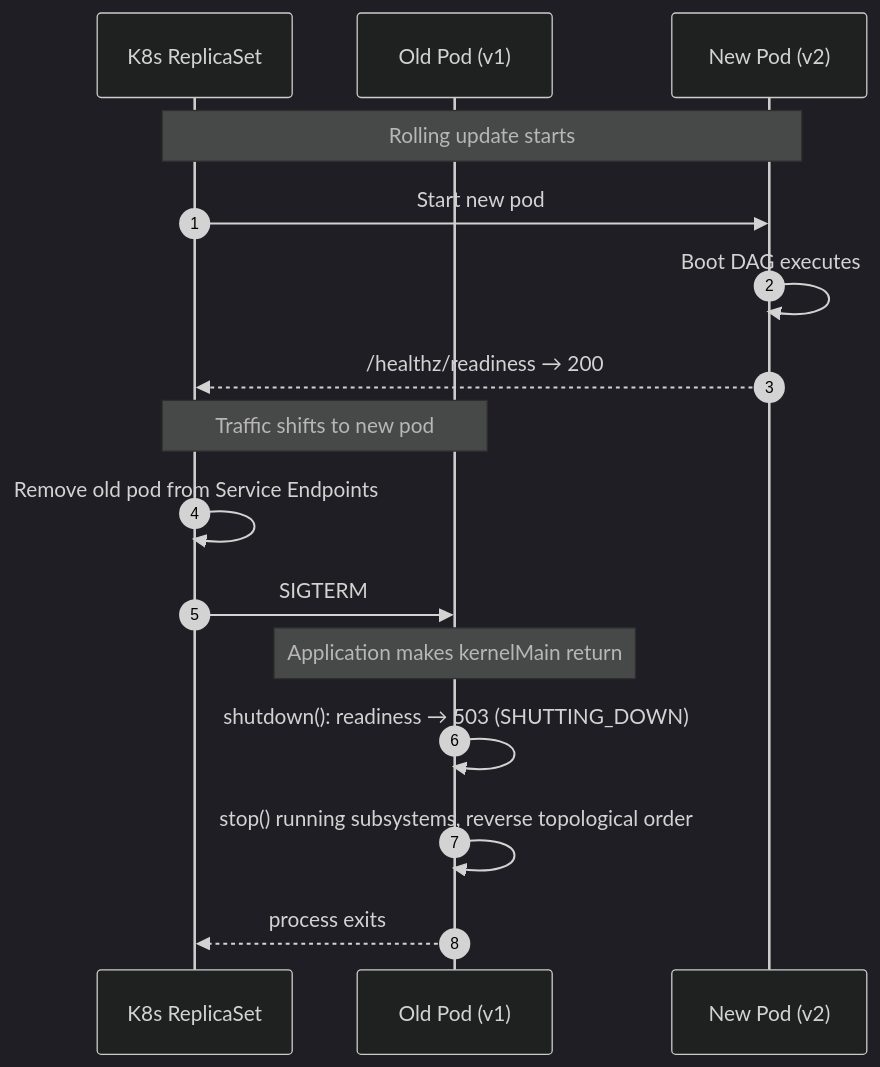
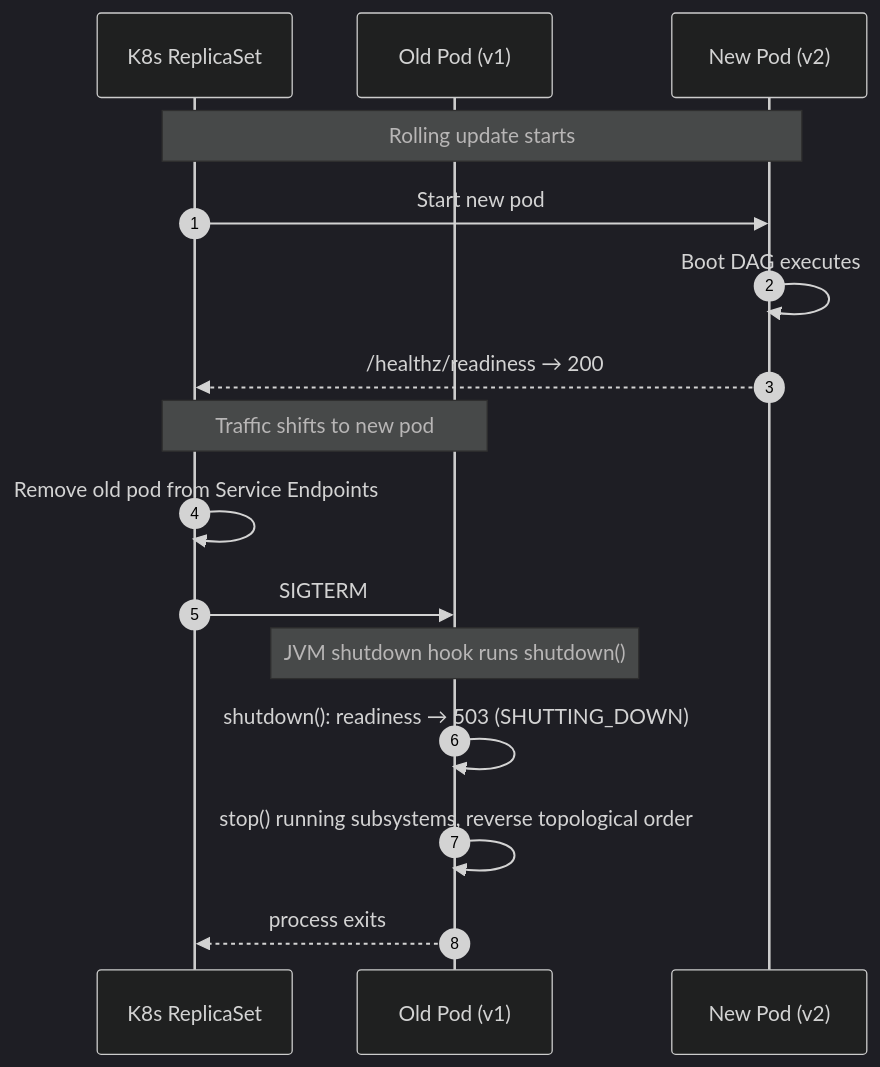
Before and after one commit to exeris-systems/exeris-kernel: the fourth of 4 diagrams in docs/subsystems/bootstrap.md, drawn with Mermaid (dark theme). The commit also changed other lines of this file and 678 other files, not shown here.

````diff
--- a/docs/subsystems/bootstrap.md
+++ b/docs/subsystems/bootstrap.md
@@ -566,20 +698,20 @@
 ```mermaid
 sequenceDiagram
     autonumber
     participant K8s as K8s ReplicaSet
     participant OLD as Old Pod (v1)
     participant NEW as New Pod (v2)
 
     Note over K8s,NEW: Rolling update starts
     K8s->>NEW: Start new pod
     NEW->>NEW: Boot DAG executes
     NEW-->>K8s: /healthz/readiness → 200
 
     Note over K8s,OLD: Traffic shifts to new pod
     K8s->>K8s: Remove old pod from Service Endpoints
     K8s->>OLD: SIGTERM
-    Note over OLD: Application makes kernelMain return
+    Note over OLD: JVM shutdown hook runs shutdown()
     OLD->>OLD: shutdown(): readiness → 503 (SHUTTING_DOWN)
     OLD->>OLD: stop() running subsystems, reverse topological order
     OLD-->>K8s: process exits
 ```
````
